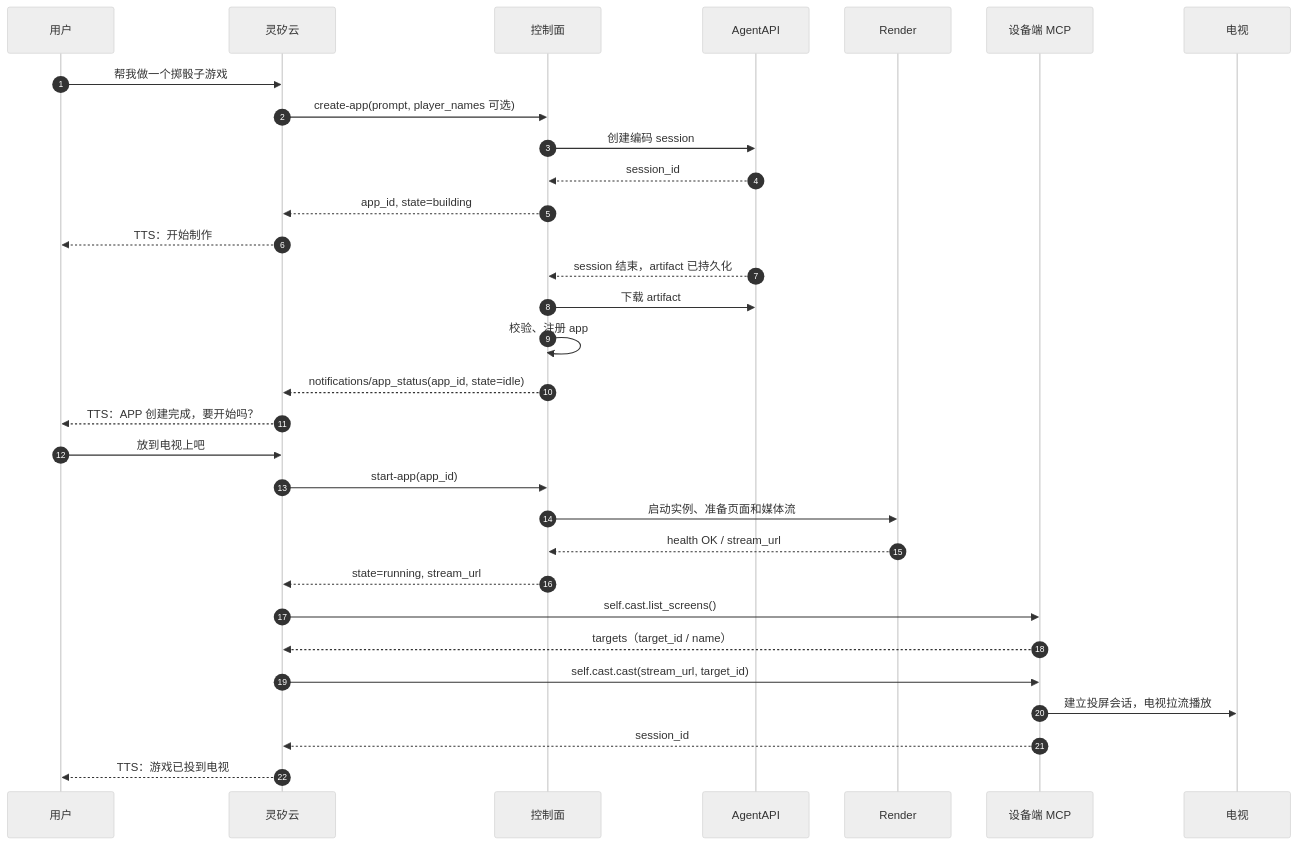
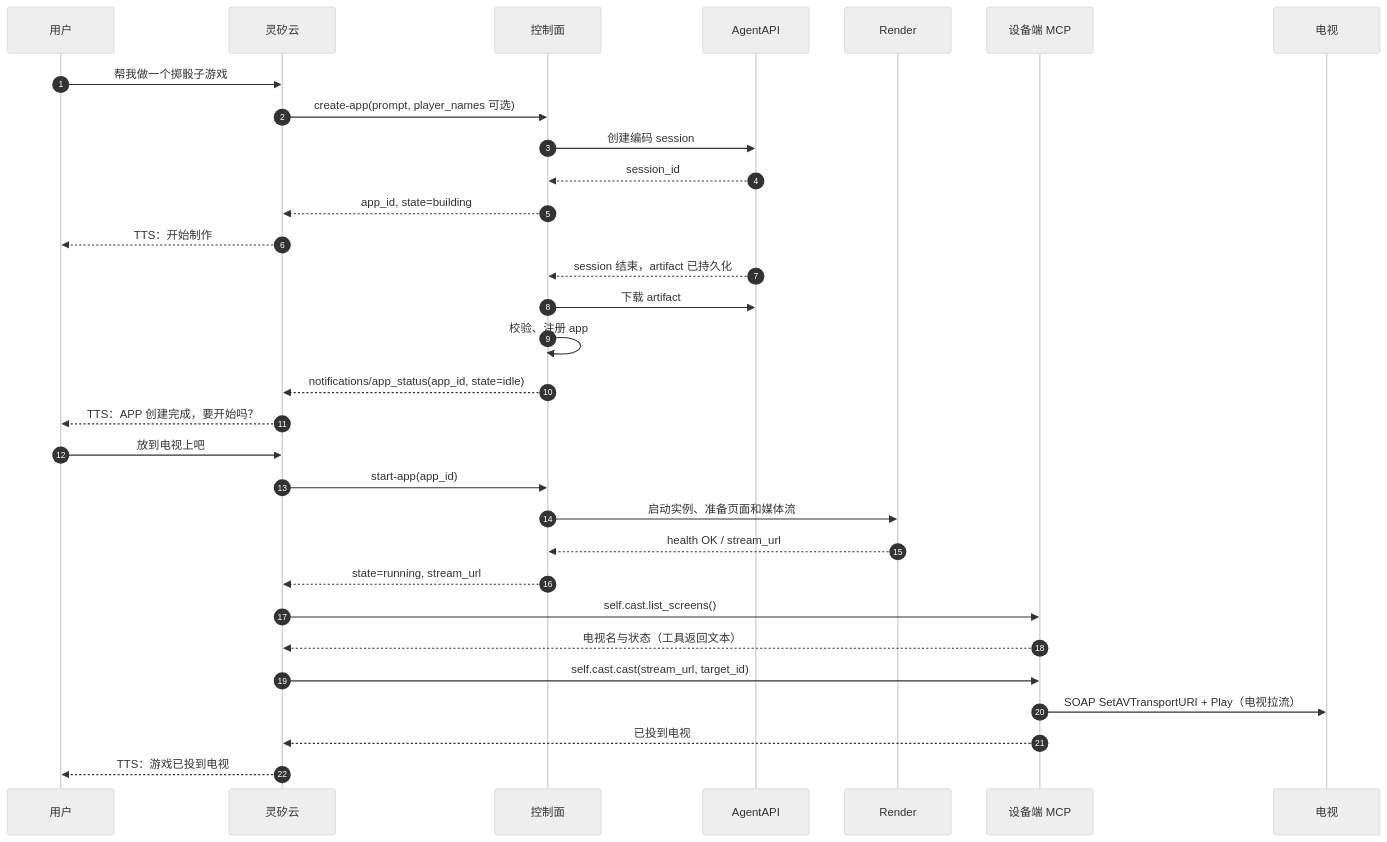
Before and after one commit to open-anywhere/open-anywhere: the diagram in docs/architecture/interfaces/app-management-mcp.md, drawn with Mermaid (neutral theme). The commit also changed other lines of this file and 21 other files, not shown here.

````diff
--- a/docs/architecture/interfaces/app-management-mcp.md
+++ b/docs/architecture/interfaces/app-management-mcp.md
@@ -466,37 +466,37 @@
 ```mermaid
 sequenceDiagram
   autonumber
   participant U as 用户
   participant L as 灵矽云
   participant C as 控制面
   participant A as AgentAPI
   participant R as Render
   participant D as 设备端 MCP
   participant T as 电视
 
   U->>L: 帮我做一个掷骰子游戏
   L->>C: create-app(prompt, player_names 可选)
   C->>A: 创建编码 session
   A-->>C: session_id
   C-->>L: app_id, state=building
   L-->>U: TTS：开始制作
 
   A-->>C: session 结束，artifact 已持久化
   C->>A: 下载 artifact
   C->>C: 校验、注册 app
   C-->>L: notifications/app_status(app_id, state=idle)
   L-->>U: TTS：APP 创建完成，要开始吗？
 
   U->>L: 放到电视上吧
   L->>C: start-app(app_id)
   C->>R: 启动实例、准备页面和媒体流
   R-->>C: health OK / stream_url
   C-->>L: state=running, stream_url
 
   L->>D: self.cast.list_screens()
-  D-->>L: targets（target_id / name）
+  D-->>L: 电视名与状态（工具返回文本）
   L->>D: self.cast.cast(stream_url, target_id)
-  D->>T: 建立投屏会话，电视拉流播放
-  D-->>L: session_id
+  D->>T: SOAP SetAVTransportURI + Play（电视拉流）
+  D-->>L: 已投到电视
   L-->>U: TTS：游戏已投到电视
 ```
````
